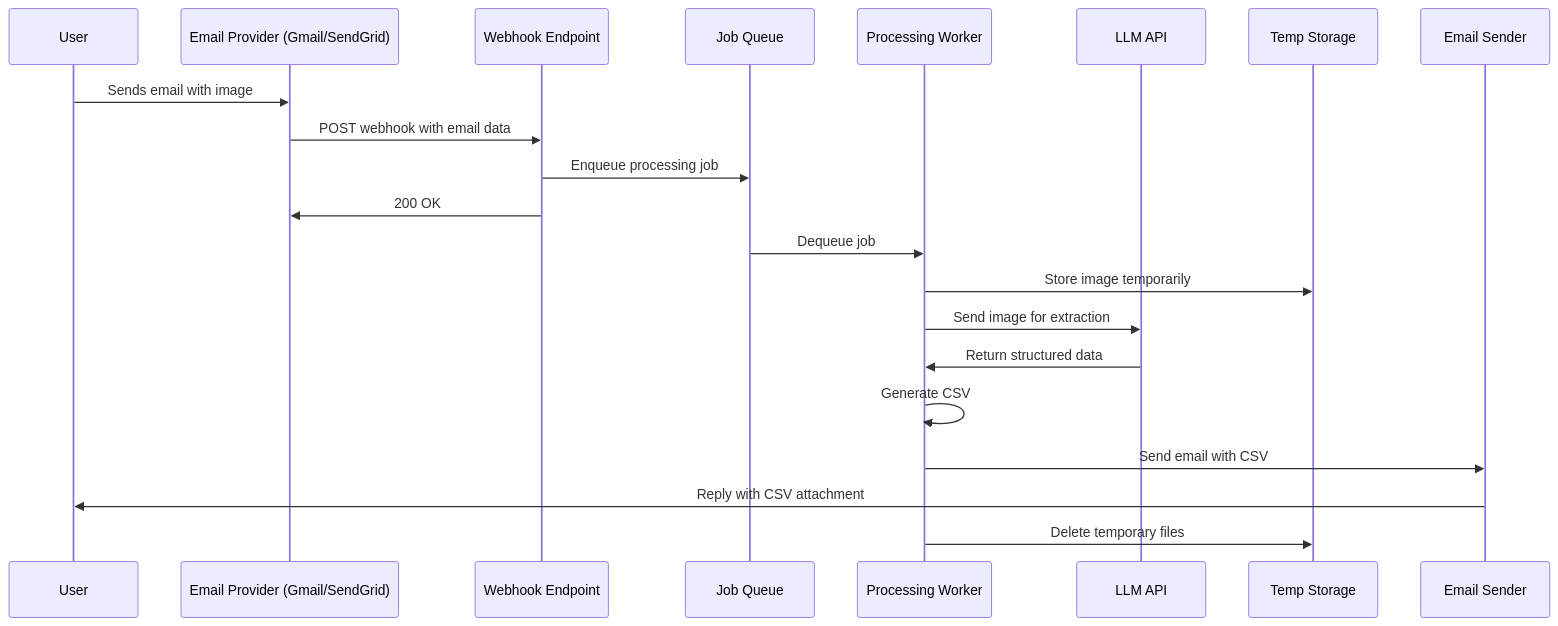
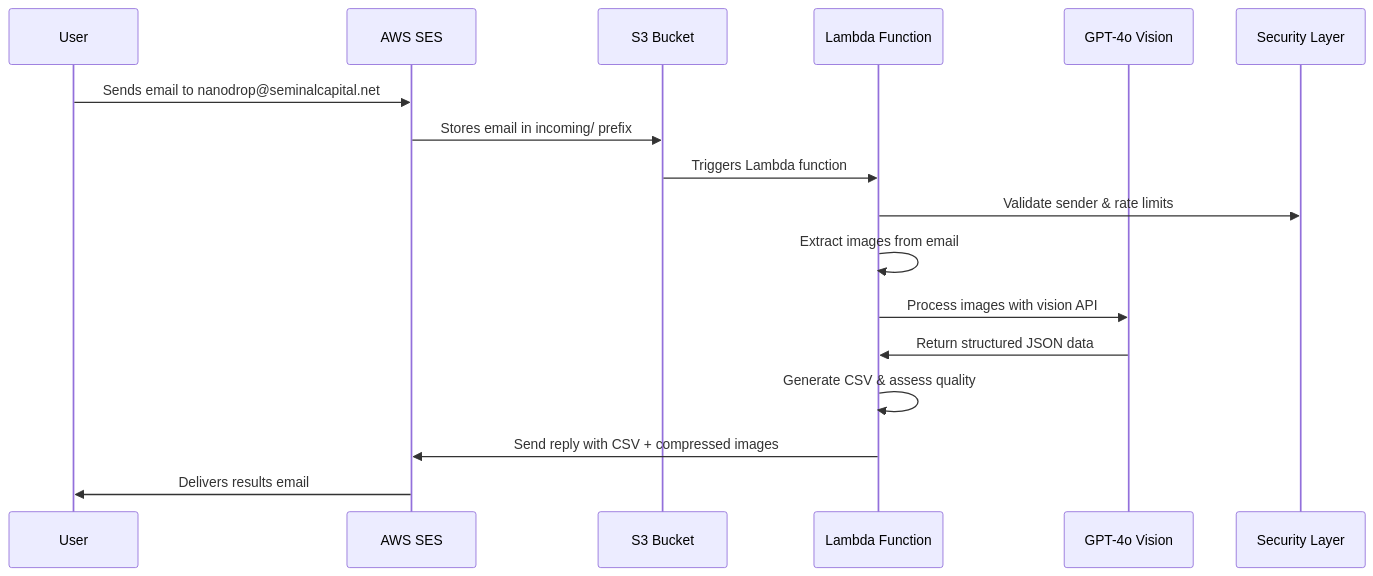
One commit to michael-swift/email-to-labdata changed the diagram in prd.md. Above: the diagram before and after it, drawn with Mermaid. The commit also changed other lines of this file and 11 other files, not shown here.

````diff
--- a/prd.md
+++ b/prd.md
@@ -16,24 +16,20 @@
 ```mermaid
 sequenceDiagram
     participant User
-    participant EmailProvider as Email Provider (Gmail/SendGrid)
-    participant Webhook as Webhook Endpoint
-    participant Queue as Job Queue
-    participant Worker as Processing Worker
-    participant LLM as LLM API
-    participant Storage as Temp Storage
-    participant EmailSender as Email Sender
+    participant SES as AWS SES
+    participant S3 as S3 Bucket
+    participant Lambda as Lambda Function
+    participant GPT4 as GPT-4o Vision
+    participant SecurityModule as Security Layer
 
-    User->>EmailProvider: Sends email with image
-    EmailProvider->>Webhook: POST webhook with email data
-    Webhook->>Queue: Enqueue processing job
-    Webhook->>EmailProvider: 200 OK
-    Queue->>Worker: Dequeue job
-    Worker->>Storage: Store image temporarily
-    Worker->>LLM: Send image for extraction
-    LLM->>Worker: Return structured data
-    Worker->>Worker: Generate CSV
-    Worker->>EmailSender: Send email with CSV
-    EmailSender->>User: Reply with CSV attachment
-    Worker->>Storage: Delete temporary files
+    User->>SES: Sends email to nanodrop@seminalcapital.net
+    SES->>S3: Stores email in incoming/ prefix
+    S3->>Lambda: Triggers Lambda function
+    Lambda->>SecurityModule: Validate sender & rate limits
+    Lambda->>Lambda: Extract images from email
+    Lambda->>GPT4: Process images with vision API
+    GPT4->>Lambda: Return structured JSON data
+    Lambda->>Lambda: Generate CSV & assess quality
+    Lambda->>SES: Send reply with CSV + compressed images
+    SES->>User: Delivers results email
 ```
````
